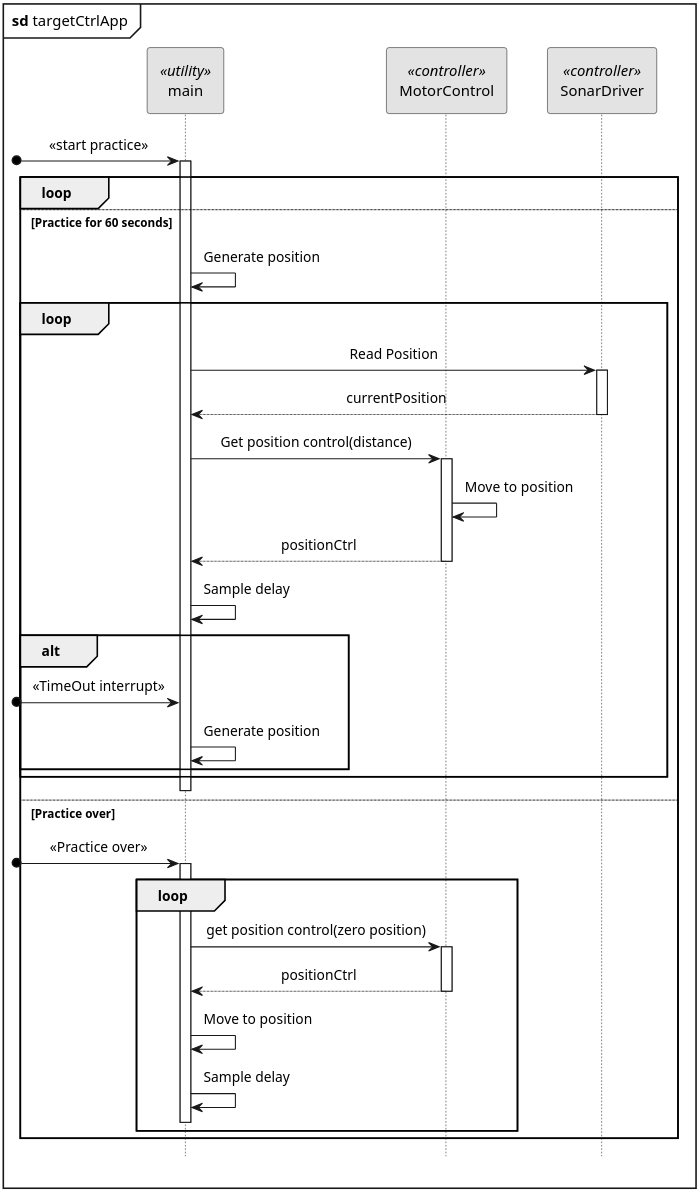
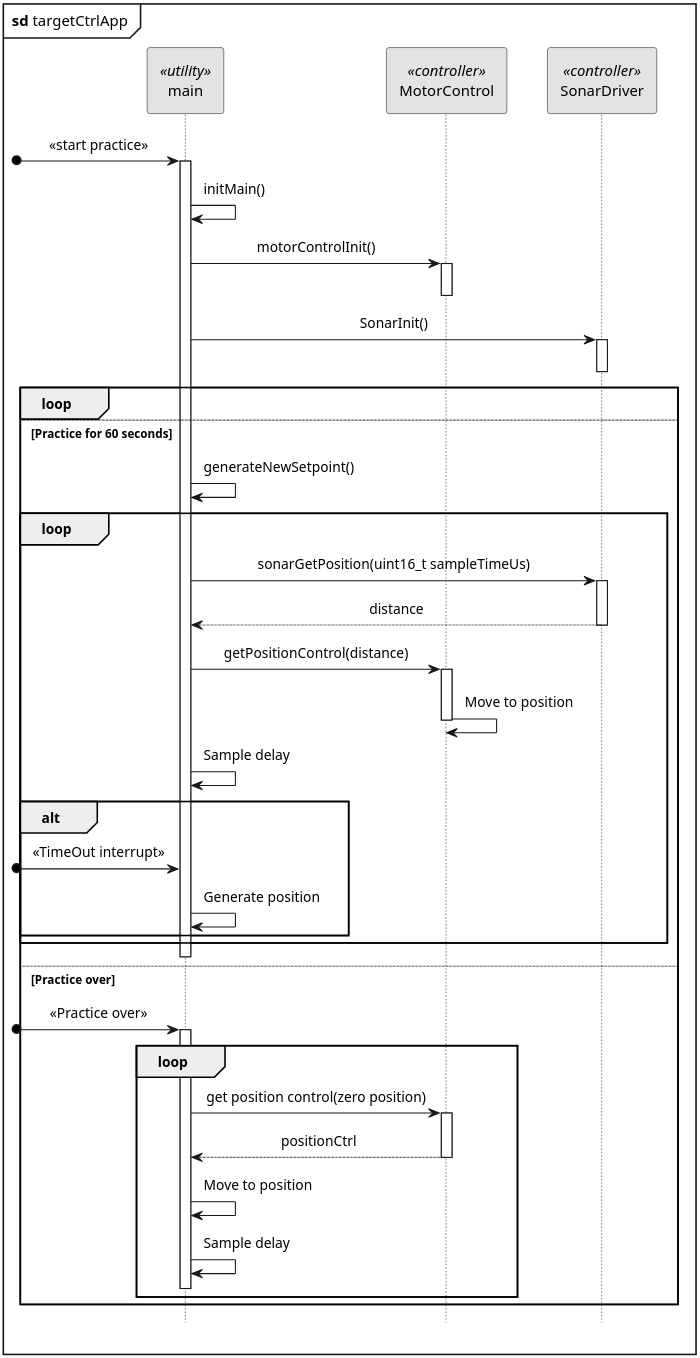
One commit to LasseKrarup/Laser-Tag-Project changed the diagram in PlantUML/src/targetCtrlApp_sd.plantuml. Above: the diagram before and after it, drawn with PlantUML. The commit also changed 1 other file, not shown here.

Commit message:
TargetCtrl updates

```diff
--- a/PlantUML/src/targetCtrlApp_sd.plantuml
+++ b/PlantUML/src/targetCtrlApp_sd.plantuml
@@ -1,68 +1,74 @@
 @startuml targetCtrlApp_sd
 
 hide footbox
 
 skinparam {
     monochrome true
     dpi 300
     padding 5
     sequenceMessageAlign center
     packageStyle frame
     shadowing false
     'backgroundColor transparent
 }
 
 mainframe **sd** targetCtrlApp
 
 participant main <<utility>>
 participant MotorControl <<controller>>
 participant SonarDriver <<controller>>
 
 [o-> main: <<start practice>>
 activate main
+main -> main: initMain()
+main -> MotorControl: motorControlInit()
+activate MotorControl
+deactivate MotorControl
+main -> SonarDriver: SonarInit()
+activate SonarDriver
+deactivate SonarDriver
 
 loop
     else Practice for 60 seconds
-    main -> main: Generate position
+    main -> main: generateNewSetpoint()
     loop
-        main -> SonarDriver: Read Position
+        main -> SonarDriver: sonarGetPosition(uint16_t sampleTimeUs)
         activate SonarDriver
-        return currentPosition
+        return distance
         deactivate SonarDriver
-        main -> MotorControl: Get position control(distance)
+        main -> MotorControl: getPositionControl(distance)
         activate MotorControl
         MotorControl -> MotorControl: Move to position
-        return positionCtrl
         deactivate MotorControl
         main -> main: Sample delay
 
         alt 
             [o-> main: <<TimeOut interrupt>>
             main -> main: Generate position
 
         end
     end
     MotorControl -[hidden]> main
 
     deactivate main
 
 
 
     else Practice over
     
     [o-> main: <<Practice over>>
     activate main
     loop
         main -> MotorControl: get position control(zero position)
         activate MotorControl
         return positionCtrl
         deactivate MotorControl
         main -> main: Move to position
         main -> main: Sample delay
         MotorControl -[hidden]> main
         deactivate MotorControl
         deactivate main
     end
 end
 
 @enduml
```
